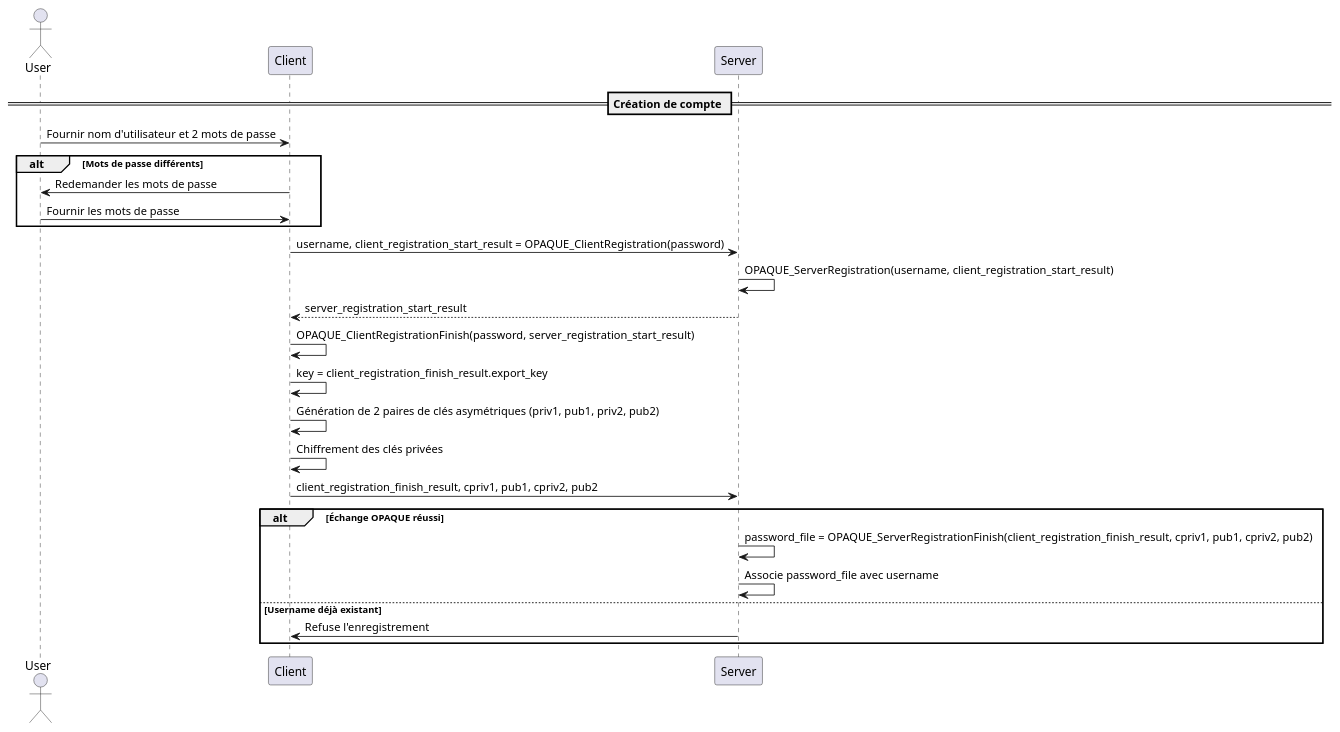
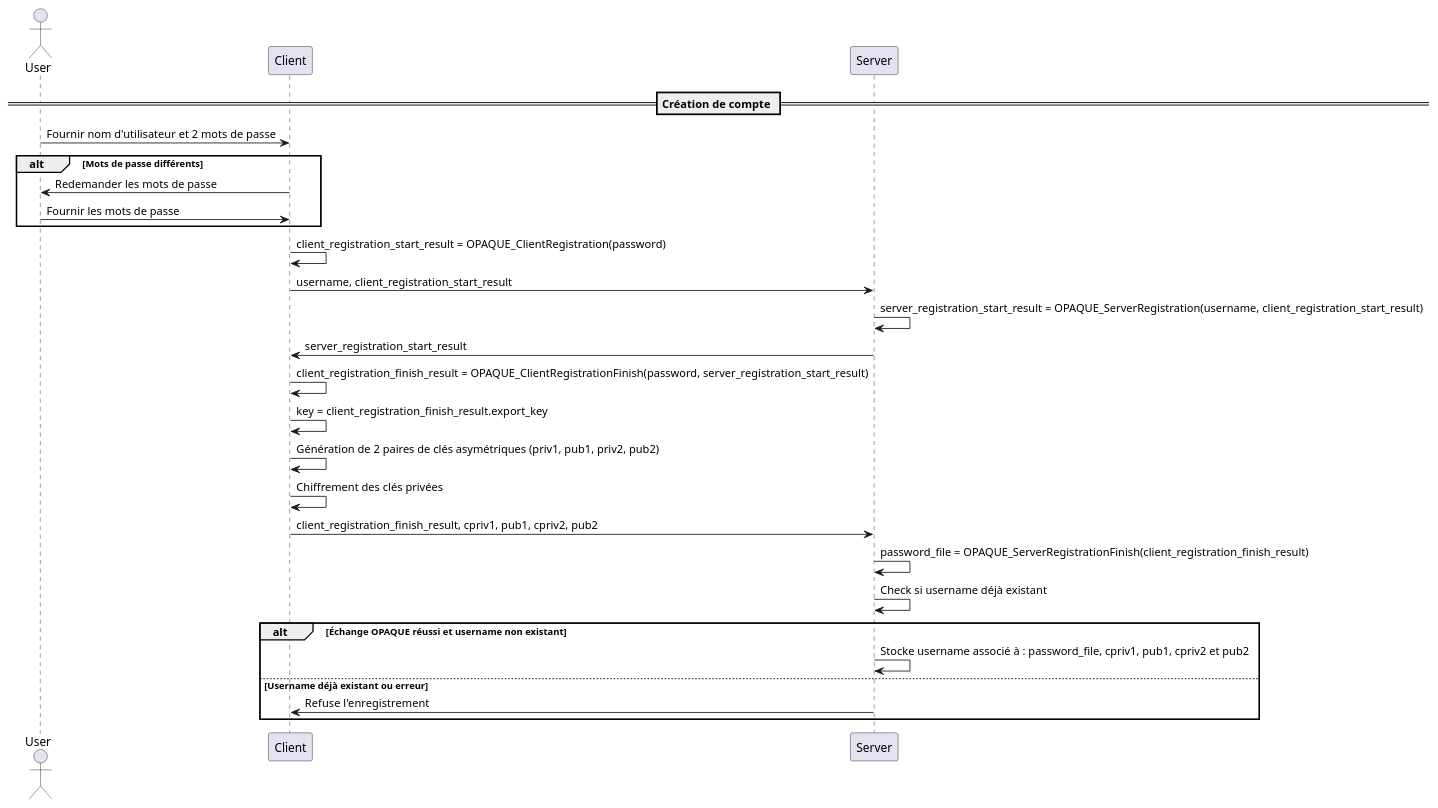
Before and after one commit to JustinFerrara14/CAA-Project: the diagram in uml/register.puml, drawn with PlantUML. The commit also changed 12 other files, not shown here.

```diff
--- a/uml/register.puml
+++ b/uml/register.puml
@@ -1,30 +1,33 @@
 @startuml
 actor User
 participant Client
 participant Server
 
 == Création de compte ==
 User -> Client: Fournir nom d'utilisateur et 2 mots de passe
 alt Mots de passe différents
     Client -> User: Redemander les mots de passe
     User -> Client: Fournir les mots de passe
 end
 
-Client -> Server: username, client_registration_start_result = OPAQUE_ClientRegistration(password)
-Server -> Server: OPAQUE_ServerRegistration(username, client_registration_start_result)
-Server --> Client: server_registration_start_result
-Client -> Client: OPAQUE_ClientRegistrationFinish(password, server_registration_start_result)
+Client -> Client: client_registration_start_result = OPAQUE_ClientRegistration(password)
+Client -> Server: username, client_registration_start_result
+Server -> Server: server_registration_start_result = OPAQUE_ServerRegistration(username, client_registration_start_result)
+Server -> Client: server_registration_start_result
+Client -> Client: client_registration_finish_result = OPAQUE_ClientRegistrationFinish(password, server_registration_start_result)
 Client -> Client: key = client_registration_finish_result.export_key
 
 Client -> Client: Génération de 2 paires de clés asymétriques (priv1, pub1, priv2, pub2)
 
 Client -> Client: Chiffrement des clés privées
 
 Client -> Server: client_registration_finish_result, cpriv1, pub1, cpriv2, pub2
-alt Échange OPAQUE réussi
-    Server -> Server: password_file = OPAQUE_ServerRegistrationFinish(client_registration_finish_result, cpriv1, pub1, cpriv2, pub2)
-    Server -> Server: Associe password_file avec username
-else Username déjà existant
+Server -> Server: password_file = OPAQUE_ServerRegistrationFinish(client_registration_finish_result)
+Server -> Server: Check si username déjà existant
+
+alt Échange OPAQUE réussi et username non existant
+    Server -> Server: Stocke username associé à : password_file, cpriv1, pub1, cpriv2 et pub2
+else Username déjà existant ou erreur
     Server -> Client: Refuse l'enregistrement
 end
 @enduml
```
